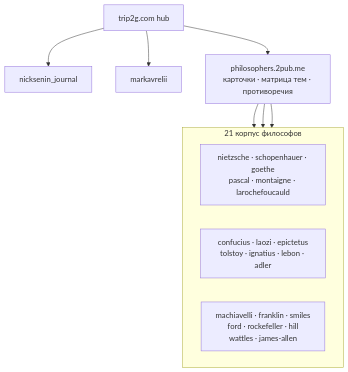
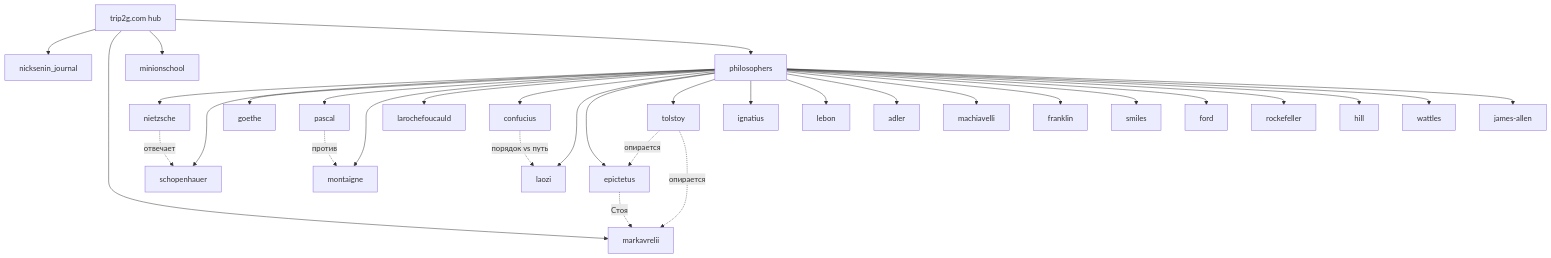
One commit to trip2g/trip2g changed the diagram in docs/ru/hub/_index.md. Above: the diagram before and after it, drawn with Mermaid. The commit also changed other lines of this file and 24 other files, not shown here.

Commit message:
docs(hub): route philosophers via one peer, ungrouped topology + influence links

````diff
--- a/docs/ru/hub/_index.md
+++ b/docs/ru/hub/_index.md
@@ -18,18 +23,37 @@
 ```mermaid
 graph TD
   HUB["trip2g.com hub"]
   HUB --> J["nicksenin_journal"]
   HUB --> MA["markavrelii"]
-  HUB --> PH["philosophers.2pub.me<br/>карточки · матрица тем · противоречия"]
+  HUB --> MS["minionschool"]
+  HUB --> PH["philosophers"]
 
-  subgraph CORPORA["21 корпус философов"]
-    direction LR
-    C1["nietzsche · schopenhauer · goethe<br/>pascal · montaigne · larochefoucauld"]
-    C2["confucius · laozi · epictetus<br/>tolstoy · ignatius · lebon · adler"]
-    C3["machiavelli · franklin · smiles<br/>ford · rockefeller · hill<br/>wattles · james-allen"]
-  end
+  PH --> nietzsche
+  PH --> schopenhauer
+  PH --> goethe
+  PH --> pascal
+  PH --> montaigne
+  PH --> larochefoucauld
+  PH --> confucius
+  PH --> laozi
+  PH --> epictetus
+  PH --> tolstoy
+  PH --> ignatius
+  PH --> lebon
+  PH --> adler
+  PH --> machiavelli
+  PH --> franklin
+  PH --> smiles
+  PH --> ford
+  PH --> rockefeller
+  PH --> hill
+  PH --> wattles
+  PH --> jamesallen["james-allen"]
 
-  PH --> C1
-  PH --> C2
-  PH --> C3
+  nietzsche -.->|отвечает| schopenhauer
+  pascal -.->|против| montaigne
+  epictetus -.->|Стоя| MA
+  confucius -.->|порядок vs путь| laozi
+  tolstoy -.->|опирается| epictetus
+  tolstoy -.->|опирается| MA
 ```
````
